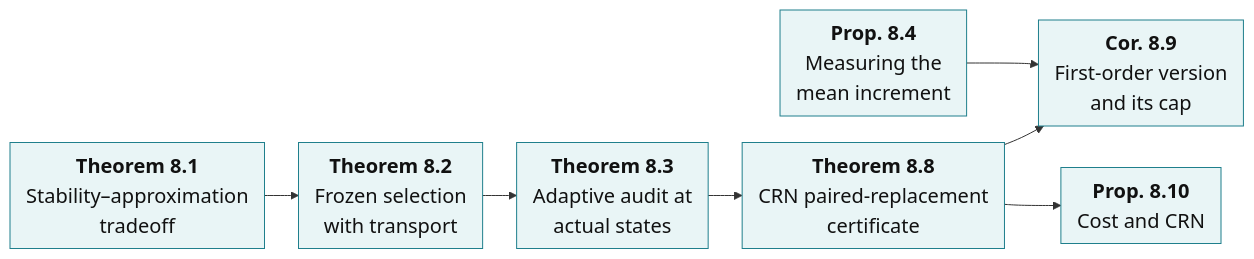
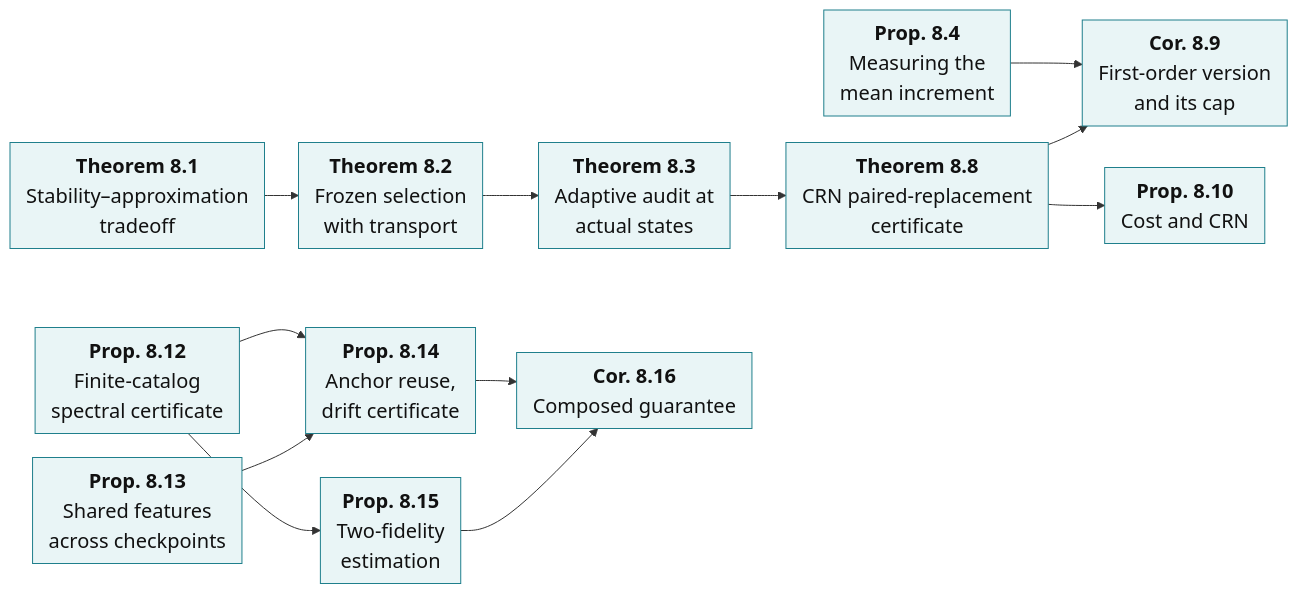
The eighth of 9 diagrams in theoretical_framework/README.md (XueqiC/ICML27_agent_distillation), drawn with Mermaid before and after one commit. The commit also changed other lines of this file and 222 other files, not shown here.

````diff
--- a/theoretical_framework/README.md
+++ b/theoretical_framework/README.md
@@ -578,18 +674,28 @@
 ```mermaid
 %%{init: {"themeVariables": {"fontSize": "20px"}, "flowchart": {"nodeSpacing": 24, "rankSpacing": 34, "padding": 8, "wrappingWidth": 260}}}%%
 flowchart LR
   T1["<b>Theorem 8.1</b><br/>Stability–approximation<br/>tradeoff"]:::b5
   T2["<b>Theorem 8.2</b><br/>Frozen selection<br/>with transport"]:::b5
   T3["<b>Theorem 8.3</b><br/>Adaptive audit at<br/>actual states"]:::b5
   P4["<b>Prop. 8.4</b><br/>Measuring the<br/>mean increment"]:::b5
   T8["<b>Theorem 8.8</b><br/>CRN paired-replacement<br/>certificate"]:::b5
   C9["<b>Cor. 8.9</b><br/>First-order version<br/>and its cap"]:::b5
   P10["<b>Prop. 8.10</b><br/>Cost and CRN"]:::b5
   T1 --> T2
   T2 --> T3
   P4 --> C9
   T8 --> C9
   T8 --> P10
   T3 --> T8
+  P12["<b>Prop. 8.12</b><br/>Finite-catalog<br/>spectral certificate"]:::b5
+  P13["<b>Prop. 8.13</b><br/>Shared features<br/>across checkpoints"]:::b5
+  P14["<b>Prop. 8.14</b><br/>Anchor reuse,<br/>drift certificate"]:::b5
+  P15["<b>Prop. 8.15</b><br/>Two-fidelity<br/>estimation"]:::b5
+  C16["<b>Cor. 8.16</b><br/>Composed guarantee"]:::b5
+  P12 --> P14
+  P13 --> P14
+  P12 --> P15
+  P14 --> C16
+  P15 --> C16
   classDef b5 fill:#e9f5f6,stroke:#1f7f8c,color:#111
 ```
````
